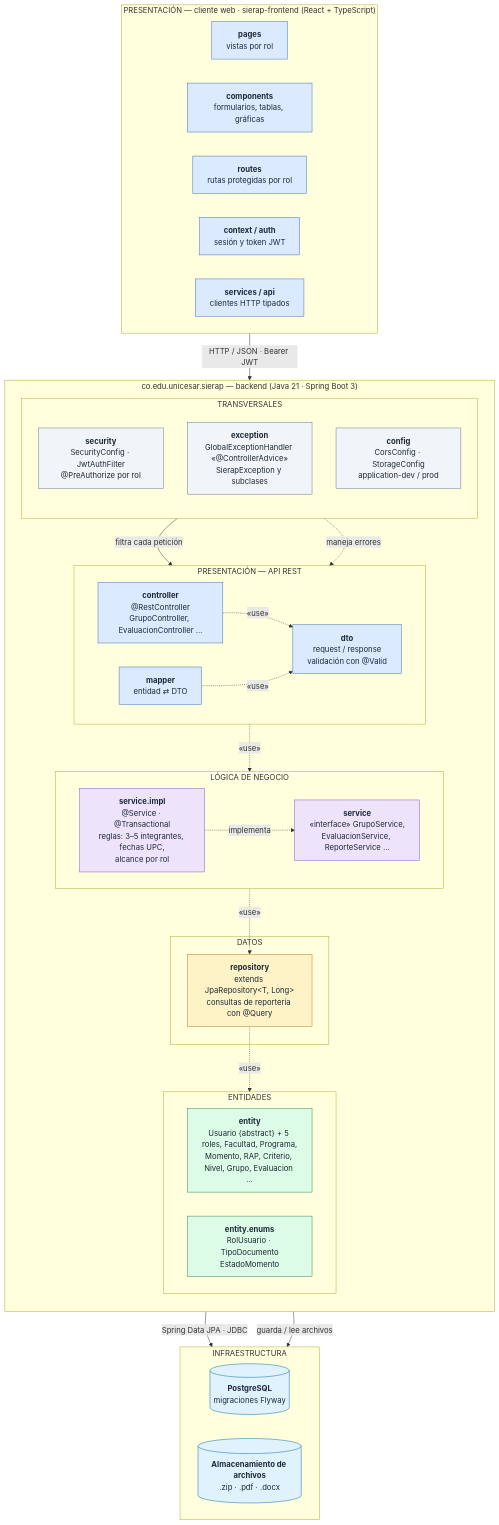
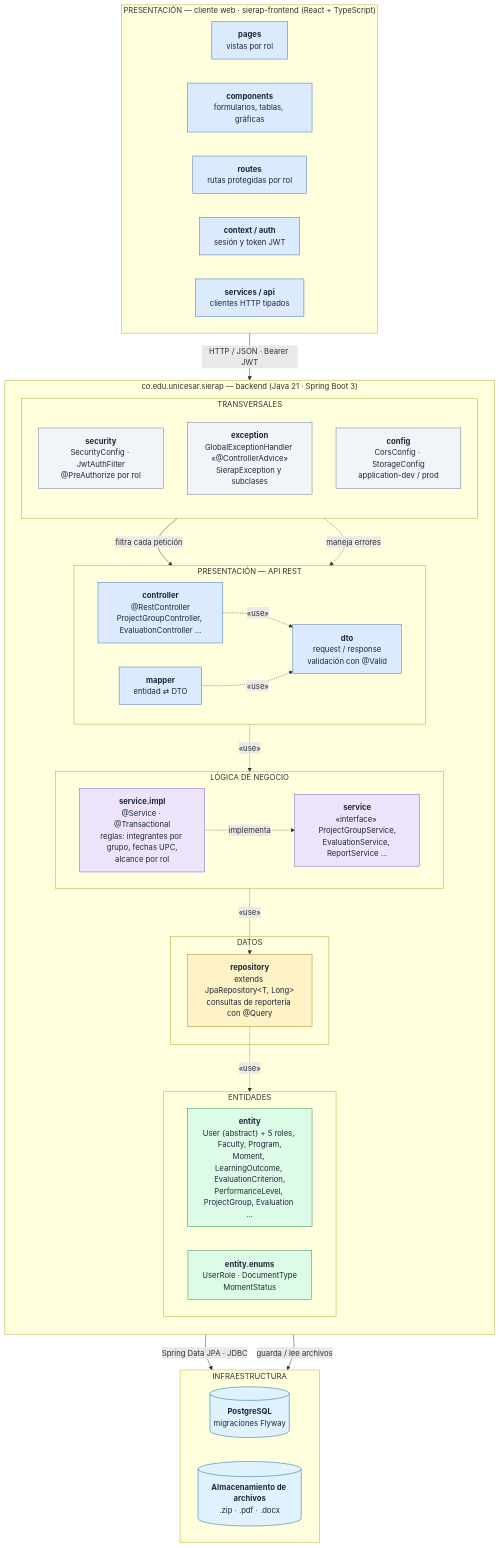
Before and after one commit to Oskarsito7/SIERAP: the diagram in docs/diagramas/diagrama_capas.md, drawn with Mermaid. The commit also changed other lines of this file and 7 other files, not shown here.

````diff
--- a/docs/diagramas/diagrama_capas.md
+++ b/docs/diagramas/diagrama_capas.md
@@ -11,71 +11,71 @@
 ```mermaid
 flowchart TB
   subgraph FE["PRESENTACIÓN — cliente web · sierap-frontend (React + TypeScript)"]
     direction LR
     pages["<b>pages</b><br/>vistas por rol"]
     components["<b>components</b><br/>formularios, tablas, gráficas"]
     routes["<b>routes</b><br/>rutas protegidas por rol"]
     auth["<b>context / auth</b><br/>sesión y token JWT"]
     api["<b>services / api</b><br/>clientes HTTP tipados"]
   end
 
   subgraph BE["co.edu.unicesar.sierap — backend (Java 21 · Spring Boot 3)"]
     direction TB
     subgraph P["PRESENTACIÓN — API REST"]
       direction LR
-      controller["<b>controller</b><br/>@RestController<br/>GrupoController, EvaluacionController …"]
+      controller["<b>controller</b><br/>@RestController<br/>ProjectGroupController, EvaluationController …"]
       dto["<b>dto</b><br/>request / response<br/>validación con @Valid"]
       mapper["<b>mapper</b><br/>entidad ⇄ DTO"]
     end
     subgraph L["LÓGICA DE NEGOCIO"]
       direction LR
-      service["<b>service</b><br/>«interface» GrupoService,<br/>EvaluacionService, ReporteService …"]
-      impl["<b>service.impl</b><br/>@Service · @Transactional<br/>reglas: 3–5 integrantes, fechas UPC,<br/>alcance por rol"]
+      service["<b>service</b><br/>«interface» ProjectGroupService,<br/>EvaluationService, ReportService …"]
+      impl["<b>service.impl</b><br/>@Service · @Transactional<br/>reglas: integrantes por grupo, fechas UPC,<br/>alcance por rol"]
     end
     subgraph DA["DATOS"]
       repository["<b>repository</b><br/>extends JpaRepository&lt;T, Long&gt;<br/>consultas de reportería con @Query"]
     end
     subgraph EN["ENTIDADES"]
       direction LR
-      entity["<b>entity</b><br/>Usuario {abstract} + 5 roles, Facultad, Programa,<br/>Momento, RAP, Criterio, Nivel, Grupo, Evaluacion …"]
-      enums["<b>entity.enums</b><br/>RolUsuario · TipoDocumento<br/>EstadoMomento"]
+      entity["<b>entity</b><br/>User {abstract} + 5 roles, Faculty, Program,<br/>Moment, LearningOutcome, EvaluationCriterion,<br/>PerformanceLevel, ProjectGroup, Evaluation …"]
+      enums["<b>entity.enums</b><br/>UserRole · DocumentType<br/>MomentStatus"]
     end
     subgraph T["TRANSVERSALES"]
       direction TB
       security["<b>security</b><br/>SecurityConfig · JwtAuthFilter<br/>@PreAuthorize por rol"]
       exception["<b>exception</b><br/>GlobalExceptionHandler «@ControllerAdvice»<br/>SierapException y subclases"]
       config["<b>config</b><br/>CorsConfig · StorageConfig<br/>application-dev / prod"]
     end
   end
 
   subgraph INFRA["INFRAESTRUCTURA"]
     direction LR
     db[("<b>PostgreSQL</b><br/>migraciones Flyway")]
     files[("<b>Almacenamiento de archivos</b><br/>.zip · .pdf · .docx")]
   end
 
   api -- "HTTP / JSON · Bearer JWT" --> controller
   controller -. «use» .-> dto
   mapper -. «use» .-> dto
   controller -. «use» .-> service
   impl -. implementa .-> service
   service -. «use» .-> repository
   repository -. «use» .-> entity
   security -- filtra cada petición --> controller
   exception -. maneja errores .-> controller
   repository -- Spring Data JPA · JDBC --> db
   impl -- guarda / lee archivos --> files
 
   classDef pres fill:#DBEAFE,stroke:#3B6FB6,color:#1F2937
   classDef log fill:#EDE4FB,stroke:#7E57C2,color:#1F2937
   classDef dat fill:#FEF3C7,stroke:#B7791F,color:#1F2937
   classDef ent fill:#DCFCE7,stroke:#2F855A,color:#1F2937
   classDef tr fill:#F1F5F9,stroke:#64748B,color:#1F2937
   classDef inf fill:#E0F2FE,stroke:#0369A1,color:#1F2937
   class pages,components,routes,auth,api,controller,dto,mapper pres
   class service,impl log
   class repository dat
   class entity,enums ent
   class security,exception,config tr
   class db,files inf
 ```
````
